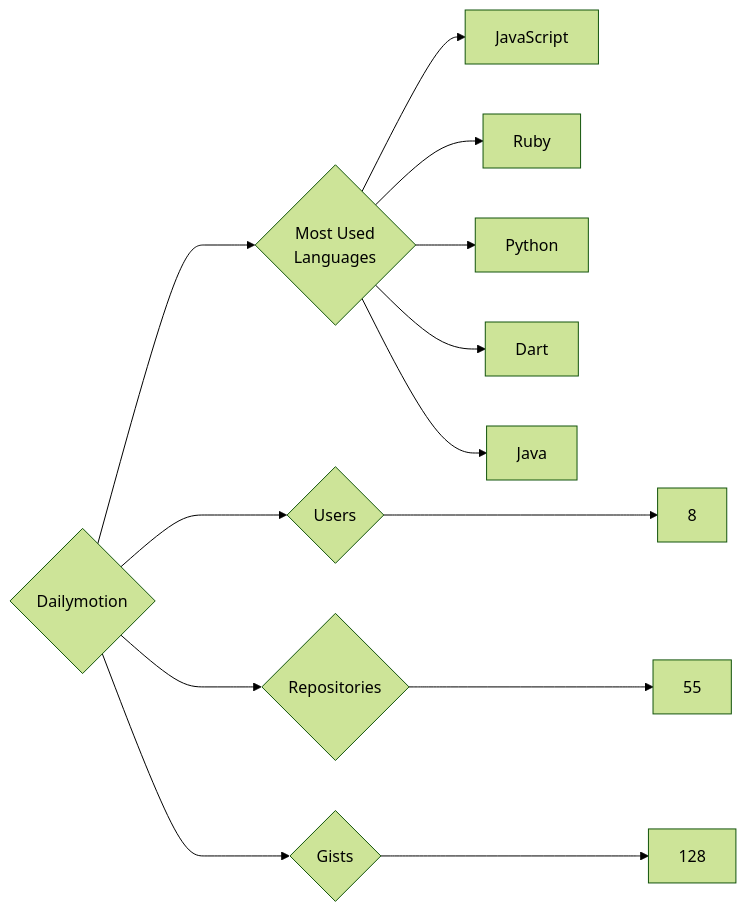
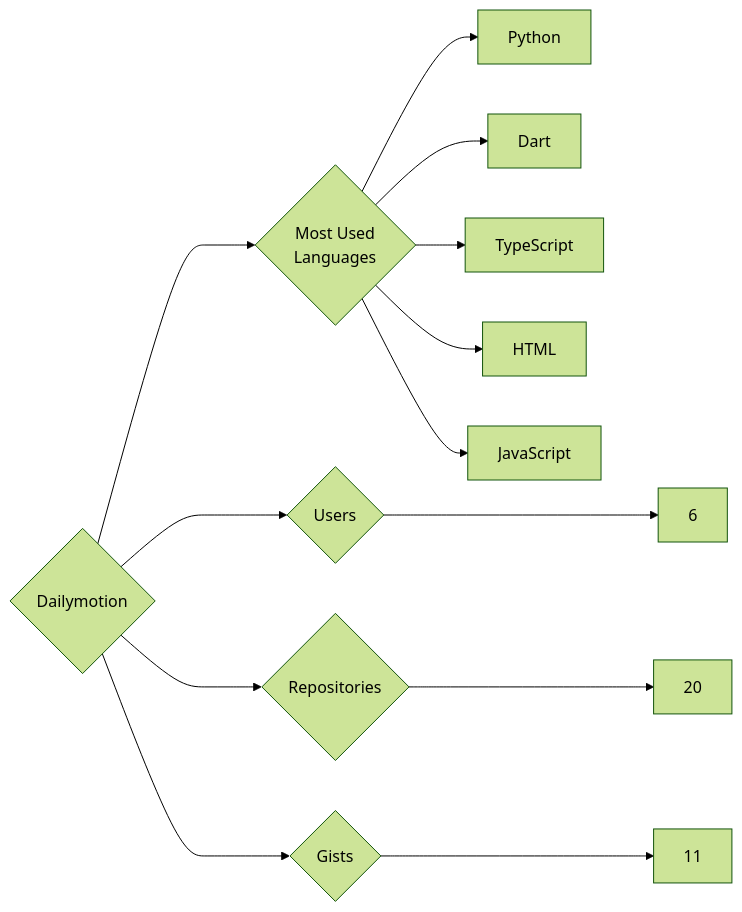
One commit to trickest/insiders changed the diagram in targets/Dailymotion/README.md. Above: the diagram before and after it, drawn with Mermaid (forest theme). The commit also changed 938 other files, not shown here.

````diff
--- a/targets/Dailymotion/README.md
+++ b/targets/Dailymotion/README.md
@@ -3,13 +3,13 @@
 ```mermaid
 graph LR
 COMPANY_NAME{Dailymotion}
-COMPANY_NAME ---> U{Users} ---> UN[8]
-COMPANY_NAME ---> R{Repositories} ---> RN[55]
-COMPANY_NAME ---> G{Gists} ---> GN[128]
+COMPANY_NAME ---> U{Users} ---> UN[6]
+COMPANY_NAME ---> R{Repositories} ---> RN[20]
+COMPANY_NAME ---> G{Gists} ---> GN[11]
 COMPANY_NAME ---> ML{Most Used<br>Languages}
-ML --> JavaScript[JavaScript]
-ML --> Ruby[Ruby]
 ML --> Python[Python]
 ML --> Dart[Dart]
-ML --> Java[Java]
+ML --> TypeScript[TypeScript]
+ML --> HTML[HTML]
+ML --> JavaScript[JavaScript]
 ```
````
